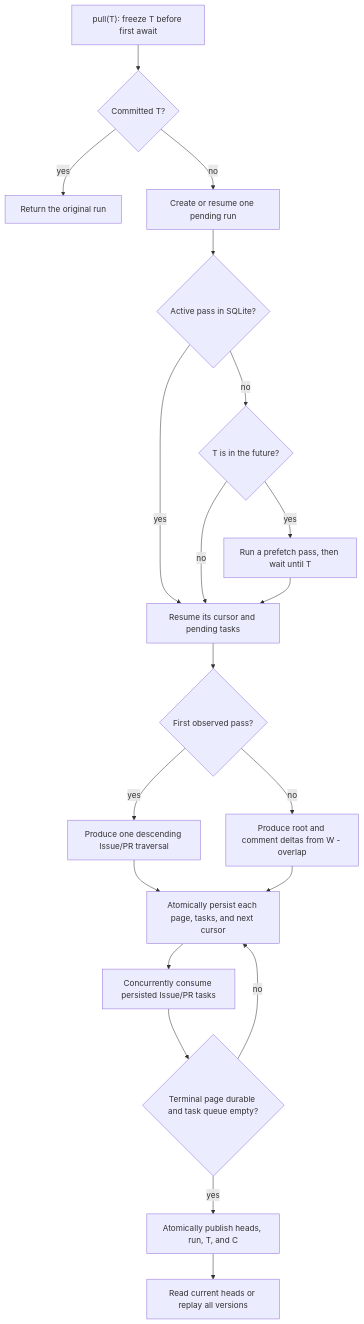
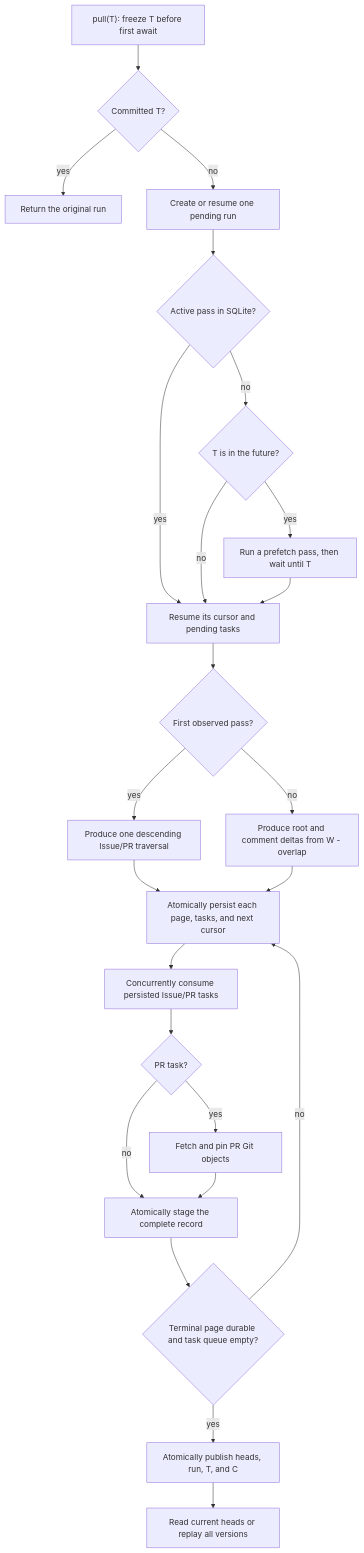
One commit to Delva0/gh-puller changed the first of 2 diagrams in docs/github-puller.md. Above: the diagram before and after it, drawn with Mermaid. The commit also changed other lines of this file and 18 other files, not shown here.

Commit message:
refactor(github): archive pull code in git objects

````diff
--- a/docs/github-puller.md
+++ b/docs/github-puller.md
@@ -26,22 +24,26 @@
 ```mermaid
 flowchart TD
     Call["pull(T): freeze T before first await"] --> Existing{"Committed T?"}
     Existing -->|yes| Return["Return the original run"]
     Existing -->|no| Pending["Create or resume one pending run"]
     Pending --> Resume{"Active pass in SQLite?"}
     Resume -->|yes| Pass["Resume its cursor and pending tasks"]
     Resume -->|no| Future{"T is in the future?"}
     Future -->|yes| Prefetch["Run a prefetch pass, then wait until T"]
     Future -->|no| Pass
     Prefetch --> Pass
     Pass --> Cold{"First observed pass?"}
     Cold -->|yes| Full["Produce one descending Issue/PR traversal"]
     Cold -->|no| Delta["Produce root and comment deltas from W - overlap"]
     Full --> Journal["Atomically persist each page, tasks, and next cursor"]
     Delta --> Journal
     Journal --> Consume["Concurrently consume persisted Issue/PR tasks"]
-    Consume --> Closed{"Terminal page durable and task queue empty?"}
+    Consume --> Kind{"PR task?"}
+    Kind -->|yes| Git["Fetch and pin PR Git objects"]
+    Kind -->|no| Stage["Atomically stage the complete record"]
+    Git --> Stage
+    Stage --> Closed{"Terminal page durable and task queue empty?"}
     Closed -->|no| Journal
     Closed -->|yes| Publish["Atomically publish heads, run, T, and C"]
     Publish --> Read["Read current heads or replay all versions"]
 ```
````
